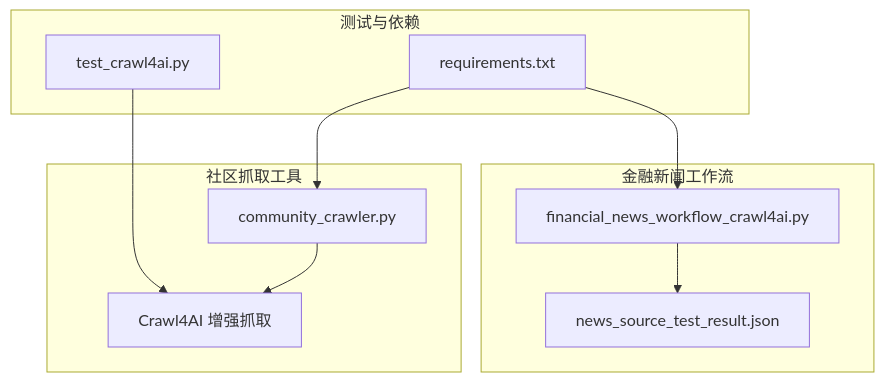
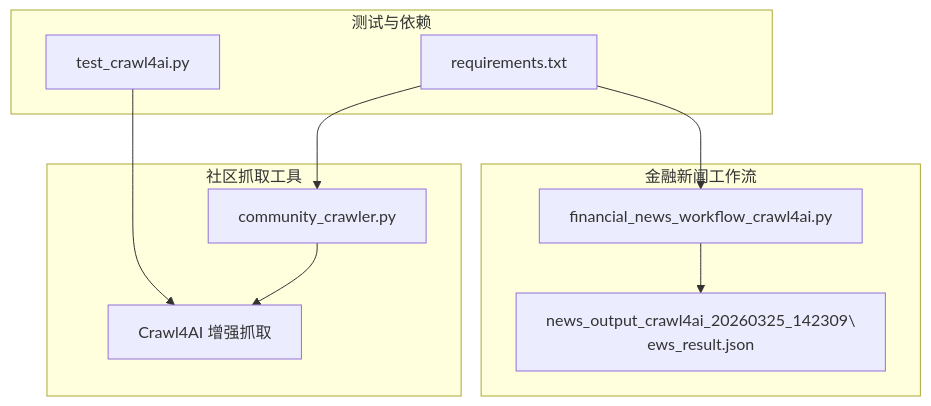
The first of 6 diagrams in .qoder/repowiki/zh/content/技术实现细节/AI分析引擎/Crawl4AI增强抓取.md (jy2360136/redbook), drawn with Mermaid before and after one commit. The commit also changed other lines of this file and 33 other files, not shown here.

````diff
--- a/.qoder/repowiki/zh/content/技术实现细节/AI分析引擎/Crawl4AI增强抓取.md
+++ b/.qoder/repowiki/zh/content/技术实现细节/AI分析引擎/Crawl4AI增强抓取.md
@@ -37,20 +47,20 @@
 ```mermaid
 graph TB
 subgraph "金融新闻工作流"
 FNW["financial_news_workflow_crawl4ai.py"]
-TARS["news_source_test_result.json"]
+TARS["news_output_crawl4ai_20260325_142309\\news_result.json"]
 end
 subgraph "社区抓取工具"
 CC["community_crawler.py"]
 C4AI["Crawl4AI 增强抓取"]
 end
 subgraph "测试与依赖"
 TC["test_crawl4ai.py"]
 REQ["requirements.txt"]
 end
 FNW --> TARS
 CC --> C4AI
 TC --> C4AI
 REQ --> CC
 REQ --> FNW
 ```
````
